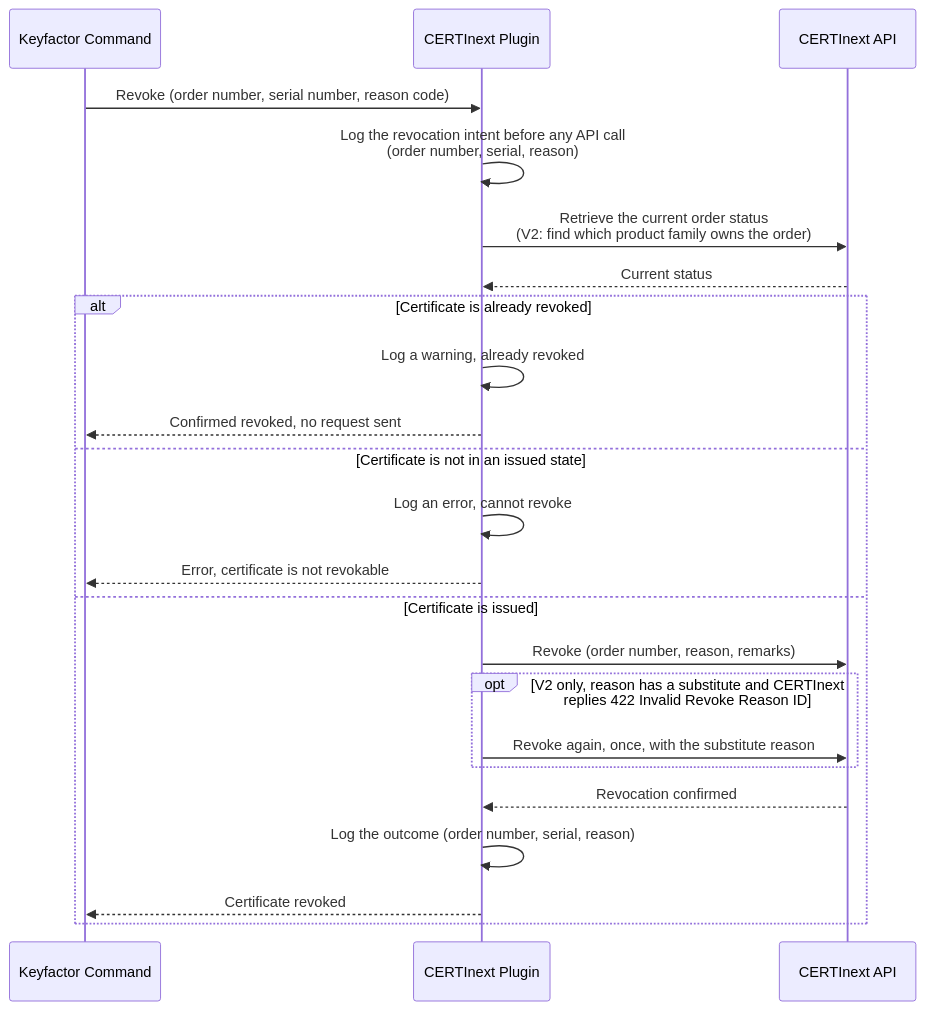
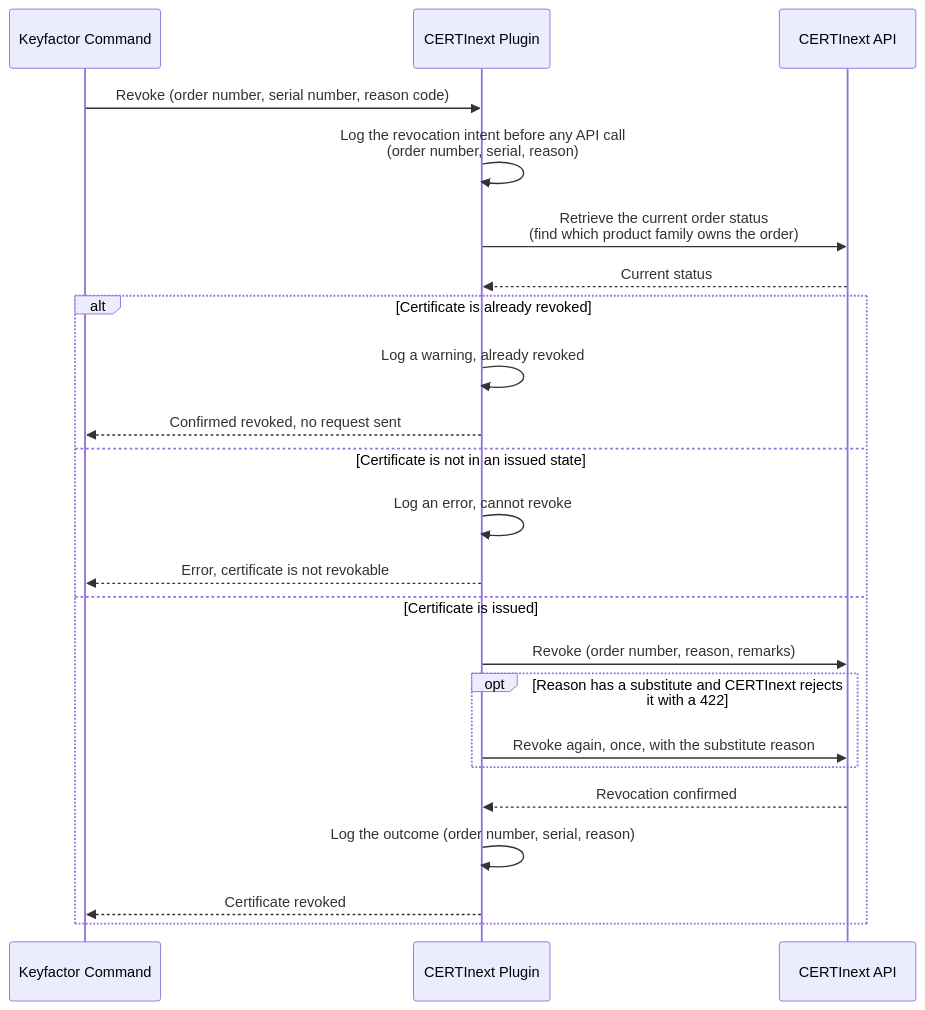
Before and after one commit to Keyfactor/certinext-caplugin: the fifth of 6 diagrams in docsource/architecture.md, drawn with Mermaid. The commit also changed other lines of this file and 9 other files, not shown here.

````diff
--- a/docsource/architecture.md
+++ b/docsource/architecture.md
@@ -462,28 +268,28 @@
 ```mermaid
 sequenceDiagram
     participant CMD as Keyfactor Command
     participant Plugin as CERTInext Plugin
     participant API as CERTInext API
 
     CMD->>Plugin: Revoke (order number, serial number, reason code)
     Plugin->>Plugin: Log the revocation intent before any API call<br/>(order number, serial, reason)
 
-    Plugin->>API: Retrieve the current order status<br/>(V2: find which product family owns the order)
+    Plugin->>API: Retrieve the current order status<br/>(find which product family owns the order)
     API-->>Plugin: Current status
 
     alt Certificate is already revoked
         Plugin->>Plugin: Log a warning, already revoked
         Plugin-->>CMD: Confirmed revoked, no request sent
     else Certificate is not in an issued state
         Plugin->>Plugin: Log an error, cannot revoke
         Plugin-->>CMD: Error, certificate is not revokable
     else Certificate is issued
         Plugin->>API: Revoke (order number, reason, remarks)
-        opt V2 only, reason has a substitute and CERTInext replies 422 Invalid Revoke Reason ID
+        opt Reason has a substitute and CERTInext rejects it with a 422
             Plugin->>API: Revoke again, once, with the substitute reason
         end
         API-->>Plugin: Revocation confirmed
         Plugin->>Plugin: Log the outcome (order number, serial, reason)
         Plugin-->>CMD: Certificate revoked
     end
 ```
````
